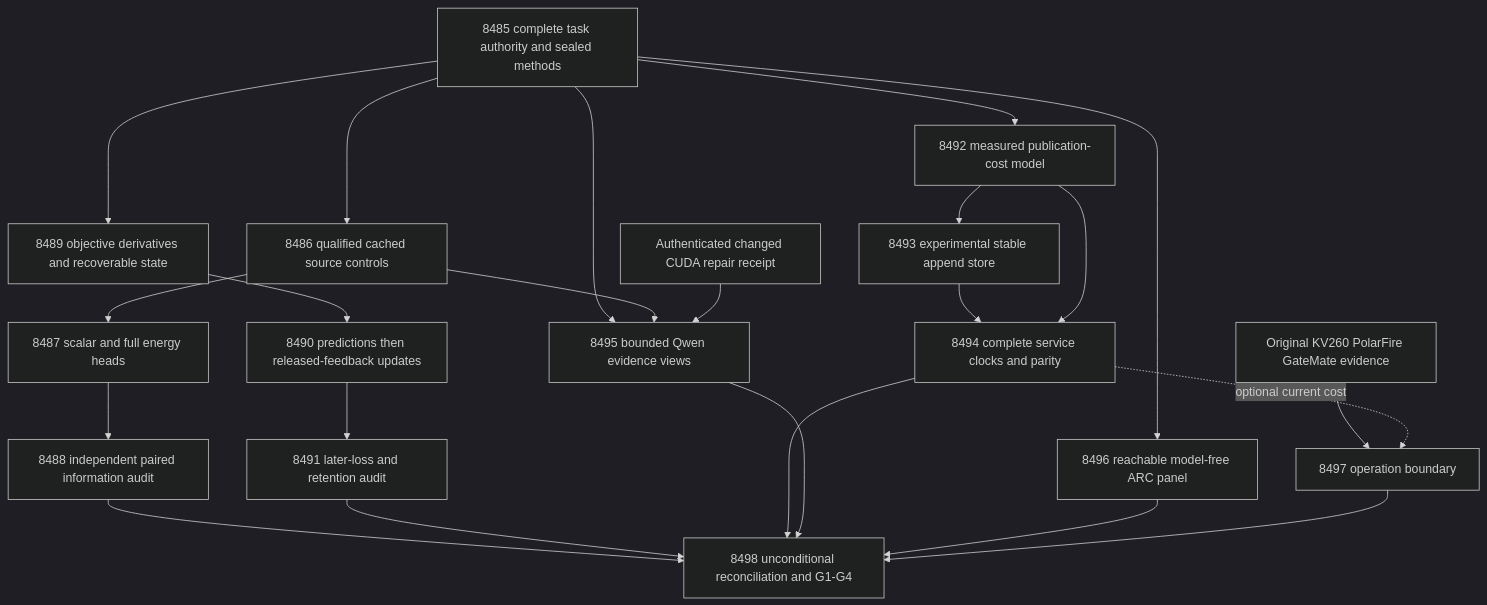
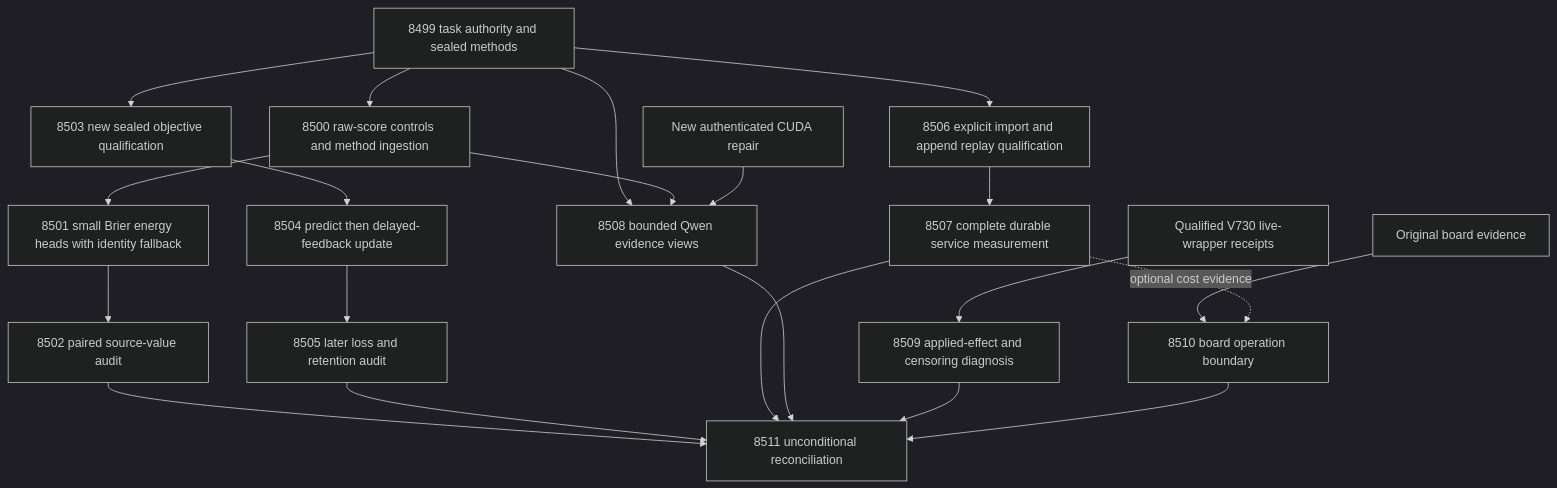
The diagram in openspec/change-proposals/research-roadmap-vNEXT.md (Carnot-EBM/carnot-ebm), drawn with Mermaid (dark theme) before and after one commit. The commit also changed other lines of this file and 14 other files, not shown here.

````diff
--- a/openspec/change-proposals/research-roadmap-vNEXT.md
+++ b/openspec/change-proposals/research-roadmap-vNEXT.md
@@ -56,25 +50,23 @@
 ```mermaid
 flowchart TD
-  A[8485 complete task authority and sealed methods] --> B[8486 qualified cached source controls]
-  B --> C[8487 scalar and full energy heads]
-  C --> D[8488 independent paired information audit]
-  A --> E[8489 objective derivatives and recoverable state]
-  E --> F[8490 predictions then released-feedback updates]
-  F --> G[8491 later-loss and retention audit]
-  A --> H[8492 measured publication-cost model]
-  H --> I[8493 experimental stable append store]
-  I --> J[8494 complete service clocks and parity]
-  H --> J
-  A --> K[8495 bounded Qwen evidence views]
-  B --> K
-  R[Authenticated changed CUDA repair receipt] --> K
-  A --> L[8496 reachable model-free ARC panel]
-  M[Original KV260 PolarFire GateMate evidence] --> N[8497 operation boundary]
-  J -. optional current cost .-> N
-  D --> Z[8498 unconditional reconciliation and G1-G4]
+  A[8499 task authority and sealed methods] --> B[8500 raw-score controls and method ingestion]
+  B --> C[8501 small Brier energy heads with identity fallback]
+  C --> D[8502 paired source-value audit]
+  A --> E[8503 new sealed objective qualification]
+  E --> F[8504 predict then delayed-feedback update]
+  F --> G[8505 later loss and retention audit]
+  A --> H[8506 explicit import and append replay qualification]
+  H --> I[8507 complete durable service measurement]
+  A --> Q[8508 bounded Qwen evidence views]
+  B --> Q
+  R[New authenticated CUDA repair] --> Q
+  O[Qualified V730 live-wrapper receipts] --> J[8509 applied-effect and censoring diagnosis]
+  K[Original board evidence] --> L[8510 board operation boundary]
+  I -. optional cost evidence .-> L
+  D --> Z[8511 unconditional reconciliation]
   G --> Z
+  I --> Z
+  Q --> Z
   J --> Z
-  K --> Z
   L --> Z
-  N --> Z
 ```
````
